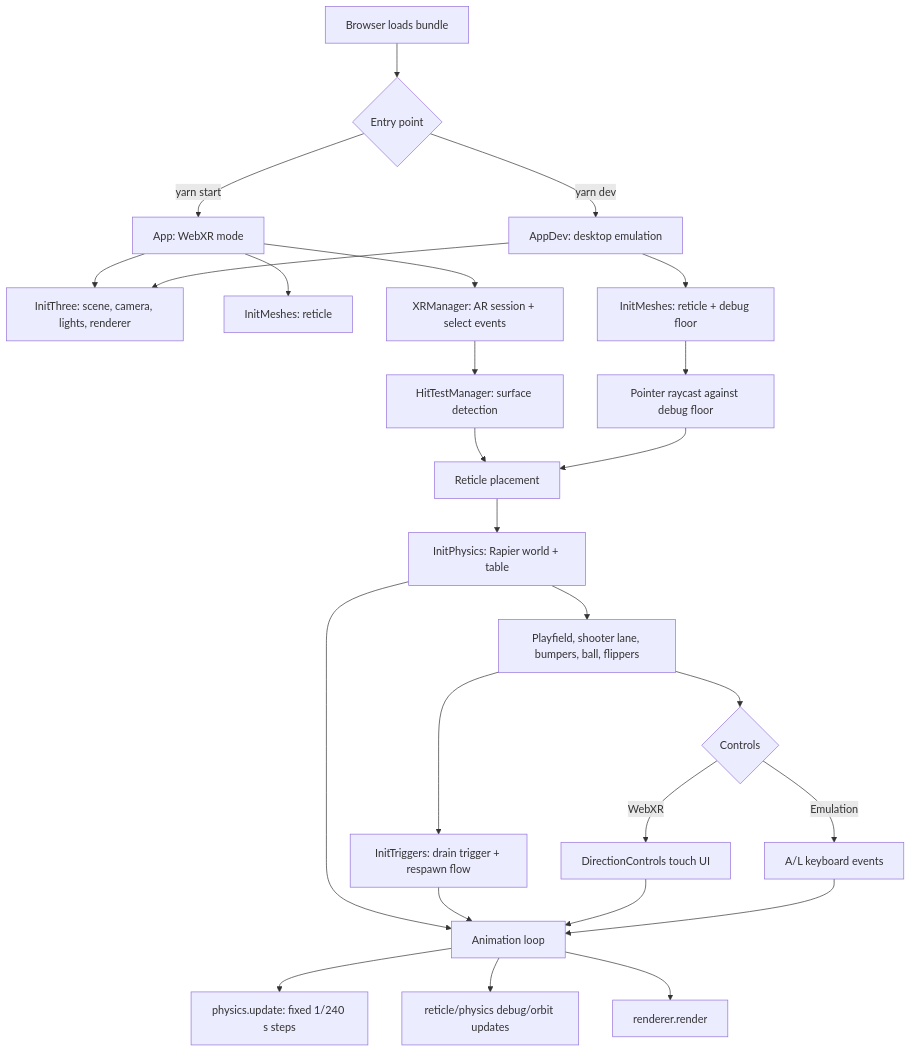
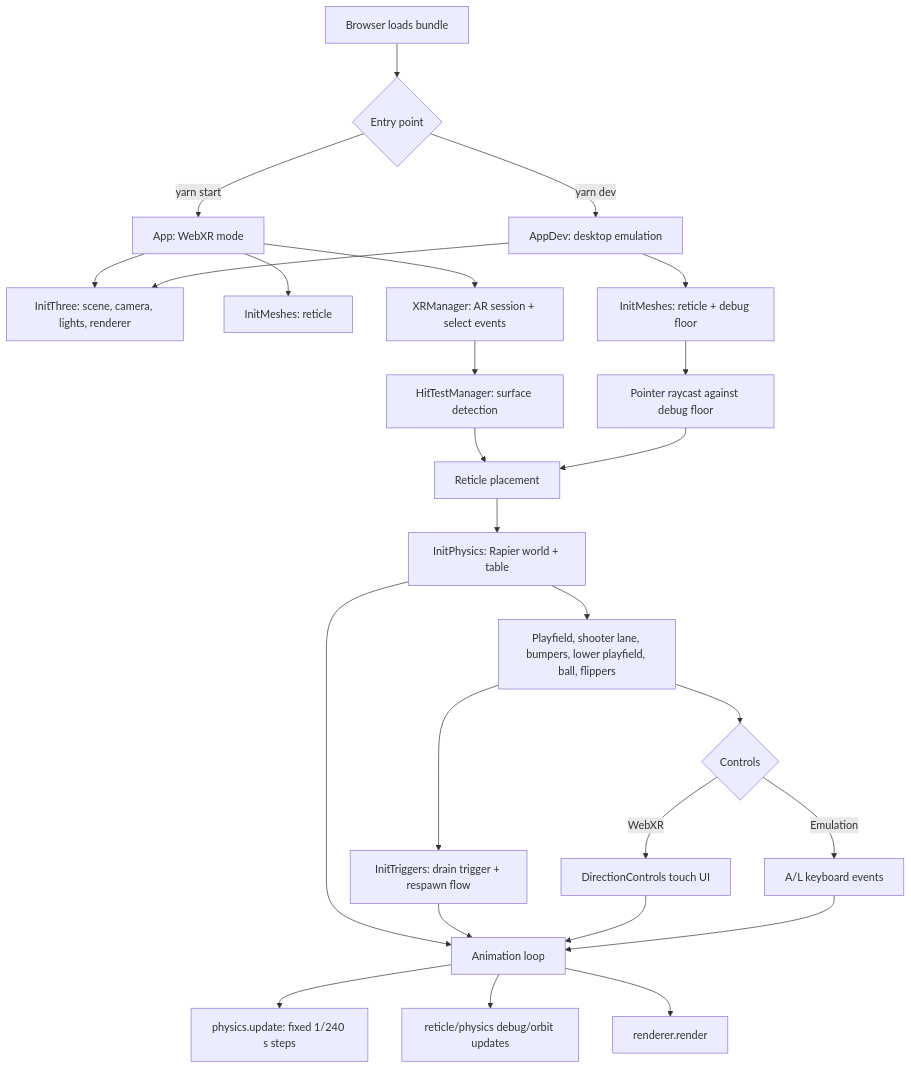
The diagram in README.md (patrick-s-young/pinball-xr), drawn with Mermaid before and after one commit. The commit also changed other lines of this file and 16 other files, not shown here.

First line of the commit message:
rebuild lower playfield to real proportions with motorized flippers

````diff
--- a/README.md
+++ b/README.md
@@ -30,32 +30,32 @@
 ```mermaid
 flowchart TD
     Start["Browser loads bundle"] --> Entry{"Entry point"}
     Entry -->|"yarn start"| XRApp["App: WebXR mode"]
     Entry -->|"yarn dev"| DevApp["AppDev: desktop emulation"]
 
     XRApp --> InitThree["InitThree: scene, camera, lights, renderer"]
     DevApp --> InitThree
     XRApp --> InitMeshes["InitMeshes: reticle"]
     DevApp --> InitMeshesDev["InitMeshes: reticle + debug floor"]
 
     XRApp --> XRManager["XRManager: AR session + select events"]
     XRManager --> HitTest["HitTestManager: surface detection"]
     HitTest --> Placement["Reticle placement"]
     InitMeshesDev --> Raycast["Pointer raycast against debug floor"]
     Raycast --> Placement
 
     Placement --> InitPhysics["InitPhysics: Rapier world + table"]
-    InitPhysics --> Bodies["Playfield, shooter lane, bumpers, ball, flippers"]
+    InitPhysics --> Bodies["Playfield, shooter lane, bumpers, lower playfield, ball, flippers"]
     Bodies --> Triggers["InitTriggers: drain trigger + respawn flow"]
     Bodies --> Controls{"Controls"}
     Controls -->|"WebXR"| TouchControls["DirectionControls touch UI"]
     Controls -->|"Emulation"| KeyEvents["A/L keyboard events"]
 
     InitPhysics --> Loop["Animation loop"]
     Triggers --> Loop
     TouchControls --> Loop
     KeyEvents --> Loop
     Loop --> Physics["physics.update: fixed 1/240 s steps"]
     Loop --> Updates["reticle/physics debug/orbit updates"]
     Loop --> Render["renderer.render"]
 ```
````
